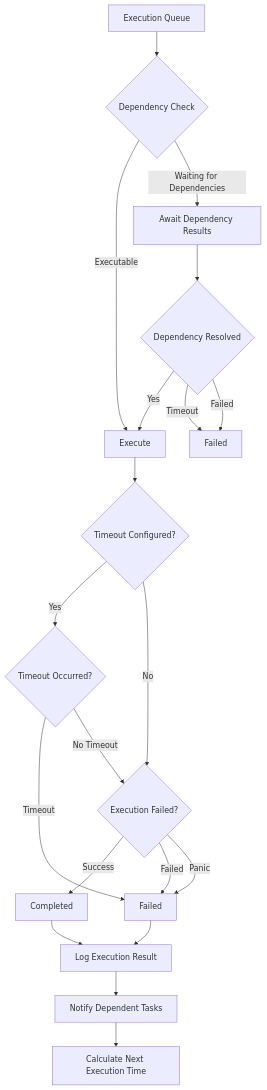
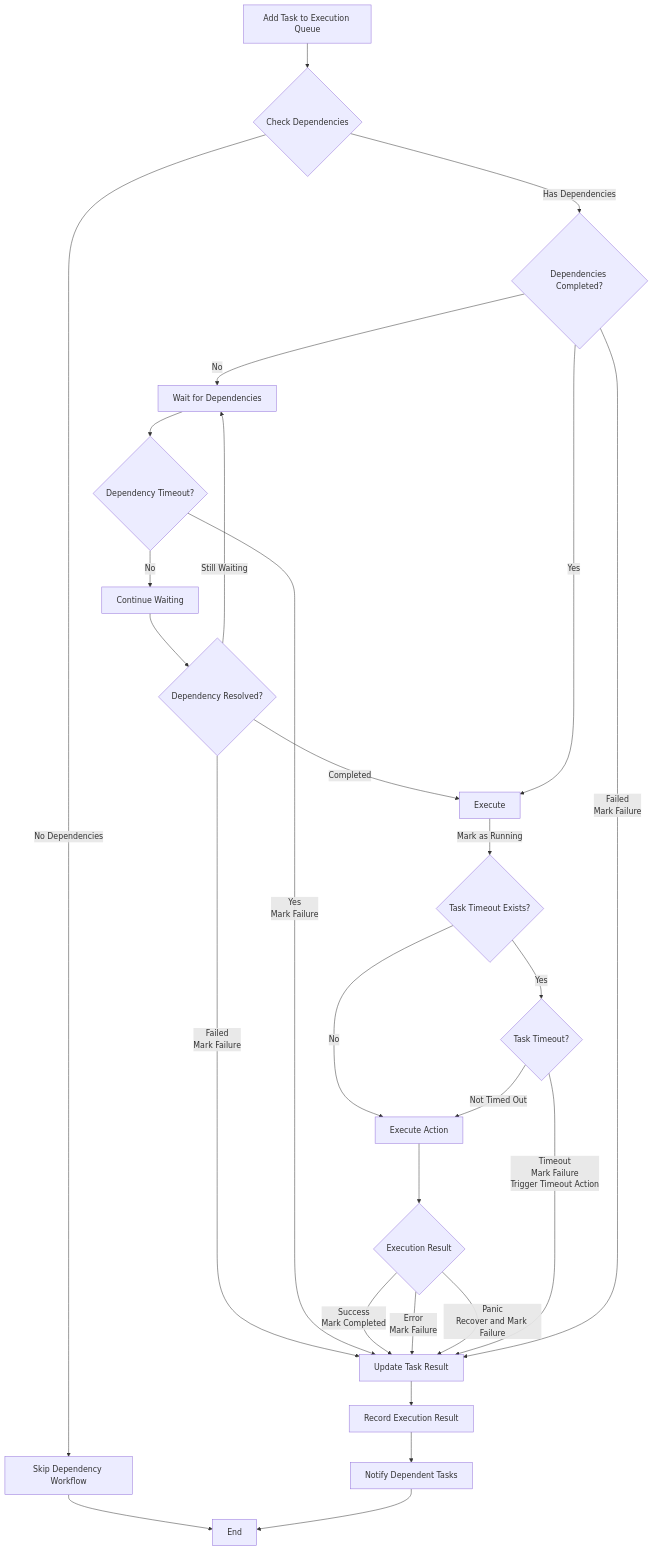
Before and after one commit to pardnchiu/go-scheduler: the second of 2 diagrams in README.md, drawn with Mermaid. The commit also changed other lines of this file and 12 other files, not shown here.

````diff
--- a/README.md
+++ b/README.md
@@ -326,25 +82,30 @@
 ```mermaid
 flowchart TD
-  A[Execution Queue] --> B{Dependency Check}
-  B -->|Executable| B0[Execute]
-  B -->|Waiting for Dependencies| B1[Await Dependency Results]
-  
-  B1 --> C{Dependency Resolved}
-  C -->|Yes| B0
-  C -->|Timeout| W18[Timeout]
-  C -->|Failed| W18[Failed]
-  
-  B0 --> D{Timeout Configured?}
-  D -->|Yes| E{Timeout Occurred?}
-  D -->|No| F{Execution Failed?}
-  E -->|Timeout| H[Failed]
-  E -->|No Timeout| F
-  F -->|Success| G[Completed]
-  F -->|Failed| H
-  F -->|Panic| H
-  
-  G --> I[Log Execution Result]
-  H --> I
-  I --> J[Notify Dependent Tasks]
-  J --> K[Calculate Next Execution Time]
+    A[Add Task to Execution Queue] --> B{Check Dependencies}
+    B -->|No Dependencies| B0[Skip Dependency Workflow]
+      B0 --> Z[End]
+    B -->|Has Dependencies| B1{Dependencies Completed?}
+      B1 -->|No| B10[Wait for Dependencies]
+        B10 --> C{Dependency Timeout?}
+          C -->|No| C0[Continue Waiting]
+            C0 --> D{Dependency Resolved?}
+              D -->|Failed<br>Mark Failure| V
+              D -->|Completed| B11
+              D -->|Still Waiting| B10
+          C -->|Yes<br>Mark Failure| V
+      B1 -->|Yes| B11[Execute]
+        B11 -->|Mark as Running| E{Task Timeout Exists?}
+          E -->|No| E0[Execute Action]
+            E0 --> R{Execution Result}
+              R -->|Success<br>Mark Completed| V[Update Task Result]
+              R -->|Error<br>Mark Failure| V
+              R -->|Panic<br>Recover and Mark Failure| V
+          E -->|Yes| E1{Task Timeout?}
+            E1 -->|Timeout<br>Mark Failure<br>Trigger Timeout Action| V
+            E1 -->|Not Timed Out| E0
+      B1 -->|Failed<br>Mark Failure| V
+    
+    V --> X[Record Execution Result]
+    X --> Y[Notify Dependent Tasks]
+    Y --> Z[End]
 ```
````
